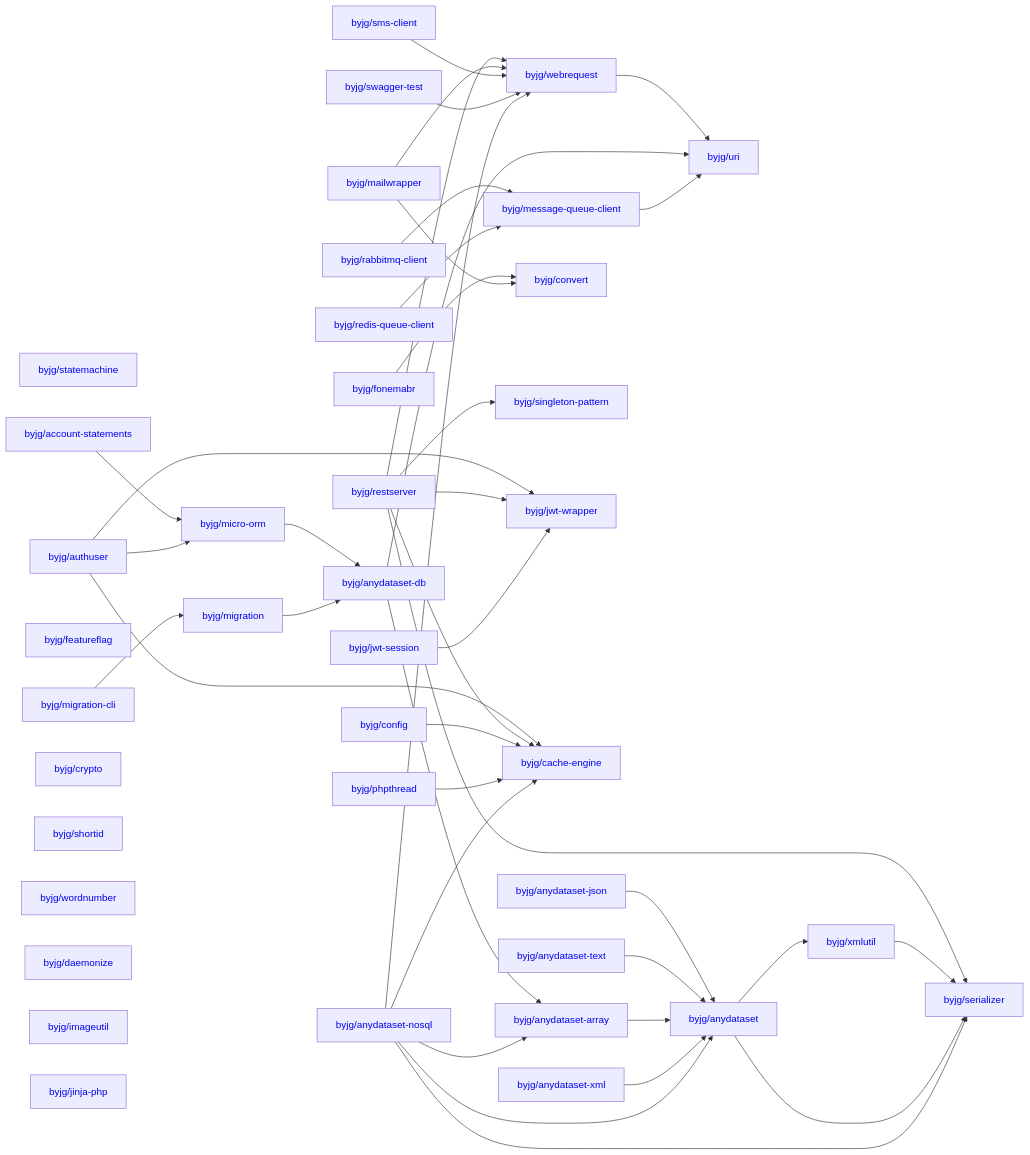
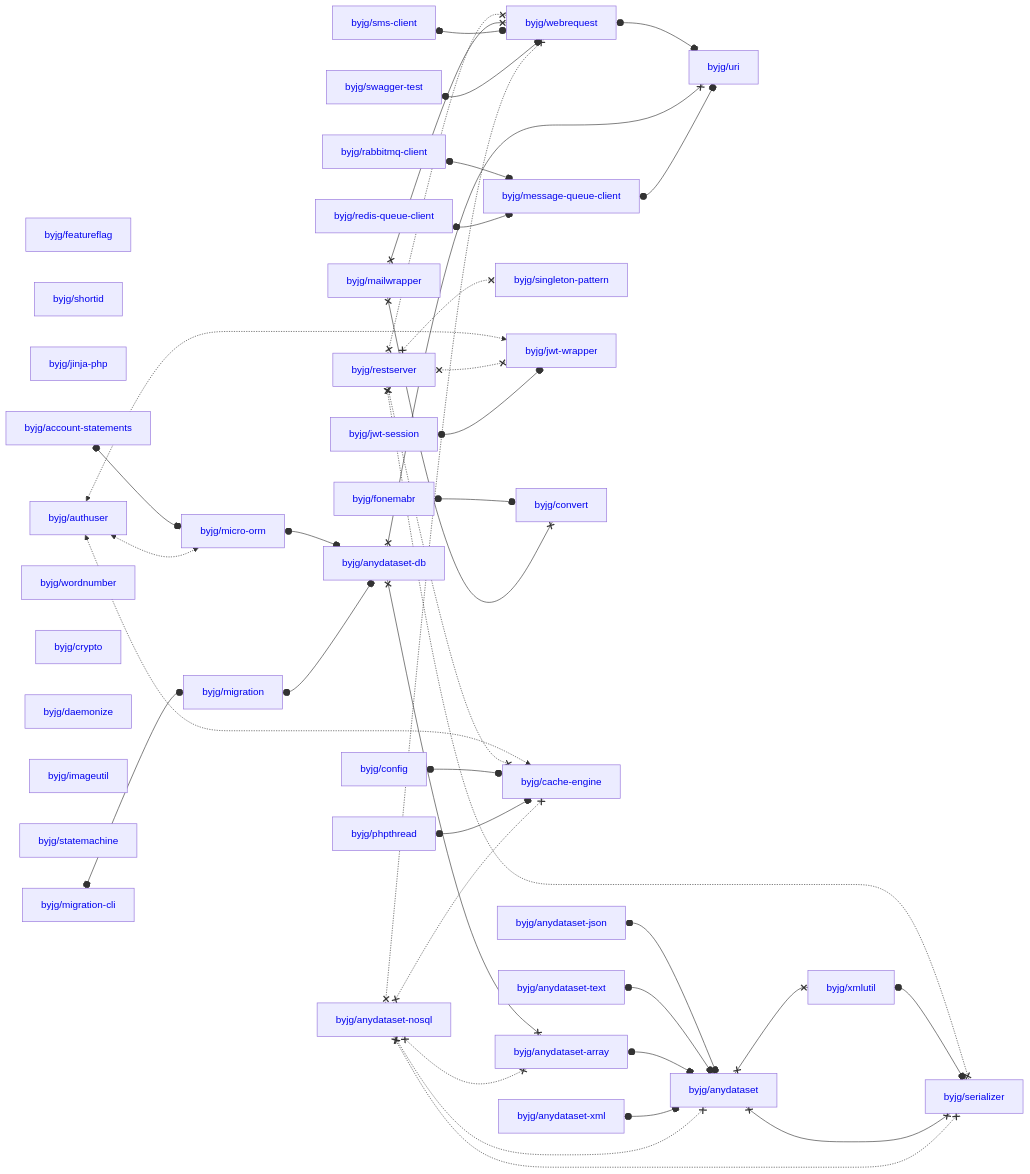
Before and after one commit to byjg/byjg.github.io: the diagram in docs/php/README.md, drawn with Mermaid. The commit also changed 1 other file, not shown here.

Commit message:
Update mermaid do differentiate the lines

````diff
--- a/docs/php/README.md
+++ b/docs/php/README.md
@@ -3,80 +3,80 @@
 ```mermaid
 graph LR;
-  byjg/jwt-session[<a href='https://opensource.byjg.com/docs/php/jwt-session' style='text-decoration:none;'>byjg/jwt-session</a>];
-  byjg/config[<a href='https://opensource.byjg.com/docs/php/config' style='text-decoration:none;'>byjg/config</a>];
-  byjg/statemachine[<a href='https://opensource.byjg.com/docs/php/statemachine' style='text-decoration:none;'>byjg/statemachine</a>];
-  byjg/fonemabr[<a href='https://opensource.byjg.com/docs/php/fonemabr' style='text-decoration:none;'>byjg/fonemabr</a>];
-  byjg/mailwrapper[<a href='https://opensource.byjg.com/docs/php/mailwrapper' style='text-decoration:none;'>byjg/mailwrapper</a>];
-  byjg/authuser[<a href='https://opensource.byjg.com/docs/php/authuser' style='text-decoration:none;'>byjg/authuser</a>];
-  byjg/anydataset-json[<a href='https://opensource.byjg.com/docs/php/anydataset-json' style='text-decoration:none;'>byjg/anydataset-json</a>];
-  byjg/phpthread[<a href='https://opensource.byjg.com/docs/php/phpthread' style='text-decoration:none;'>byjg/phpthread</a>];
-  byjg/anydataset-text[<a href='https://opensource.byjg.com/docs/php/anydataset-text' style='text-decoration:none;'>byjg/anydataset-text</a>];
-  byjg/migration-cli[<a href='https://opensource.byjg.com/docs/php/migration-cli' style='text-decoration:none;'>byjg/migration-cli</a>];
-  byjg/restserver[<a href='https://opensource.byjg.com/docs/php/restserver' style='text-decoration:none;'>byjg/restserver</a>];
-  byjg/anydataset-nosql[<a href='https://opensource.byjg.com/docs/php/anydataset-nosql' style='text-decoration:none;'>byjg/anydataset-nosql</a>];
-  byjg/sms-client[<a href='https://opensource.byjg.com/docs/php/sms-client' style='text-decoration:none;'>byjg/sms-client</a>];
-  byjg/featureflag[<a href='https://opensource.byjg.com/docs/php/featureflag' style='text-decoration:none;'>byjg/featureflag</a>];
-  byjg/redis-queue-client[<a href='https://opensource.byjg.com/docs/php/redis-queue-client' style='text-decoration:none;'>byjg/redis-queue-client</a>];
-  byjg/account-statements[<a href='https://opensource.byjg.com/docs/php/account-statements' style='text-decoration:none;'>byjg/account-statements</a>];
-  byjg/crypto[<a href='https://opensource.byjg.com/docs/php/crypto' style='text-decoration:none;'>byjg/crypto</a>];
-  byjg/swagger-test[<a href='https://opensource.byjg.com/docs/php/swagger-test' style='text-decoration:none;'>byjg/swagger-test</a>];
-  byjg/shortid[<a href='https://opensource.byjg.com/docs/php/shortid' style='text-decoration:none;'>byjg/shortid</a>];
-  byjg/wordnumber[<a href='https://opensource.byjg.com/docs/php/wordnumber' style='text-decoration:none;'>byjg/wordnumber</a>];
-  byjg/anydataset-xml[<a href='https://opensource.byjg.com/docs/php/anydataset-xml' style='text-decoration:none;'>byjg/anydataset-xml</a>];
-  byjg/daemonize[<a href='https://opensource.byjg.com/docs/php/daemonize' style='text-decoration:none;'>byjg/daemonize</a>];
-  byjg/imageutil[<a href='https://opensource.byjg.com/docs/php/imageutil' style='text-decoration:none;'>byjg/imageutil</a>];
-  byjg/jinja-php[<a href='https://opensource.byjg.com/docs/php/jinja-php' style='text-decoration:none;'>byjg/jinja-php</a>];
-  byjg/rabbitmq-client[<a href='https://opensource.byjg.com/docs/php/rabbitmq-client' style='text-decoration:none;'>byjg/rabbitmq-client</a>];
-  byjg/convert[<a href='https://opensource.byjg.com/docs/php/convert' style='text-decoration:none;'>byjg/convert</a>];
-  byjg/migration[<a href='https://opensource.byjg.com/docs/php/migration' style='text-decoration:none;'>byjg/migration</a>];
-  byjg/singleton-pattern[<a href='https://opensource.byjg.com/docs/php/singleton-pattern' style='text-decoration:none;'>byjg/singleton-pattern</a>];
-  byjg/jwt-wrapper[<a href='https://opensource.byjg.com/docs/php/jwt-wrapper' style='text-decoration:none;'>byjg/jwt-wrapper</a>];
-  byjg/cache-engine[<a href='https://opensource.byjg.com/docs/php/cache-engine' style='text-decoration:none;'>byjg/cache-engine</a>];
-  byjg/micro-orm[<a href='https://opensource.byjg.com/docs/php/micro-orm' style='text-decoration:none;'>byjg/micro-orm</a>];
-  byjg/webrequest[<a href='https://opensource.byjg.com/docs/php/webrequest' style='text-decoration:none;'>byjg/webrequest</a>];
-  byjg/message-queue-client[<a href='https://opensource.byjg.com/docs/php/message-queue-client' style='text-decoration:none;'>byjg/message-queue-client</a>];
-  byjg/anydataset-db[<a href='https://opensource.byjg.com/docs/php/anydataset-db' style='text-decoration:none;'>byjg/anydataset-db</a>];
-  byjg/anydataset-array[<a href='https://opensource.byjg.com/docs/php/anydataset-array' style='text-decoration:none;'>byjg/anydataset-array</a>];
-  byjg/uri[<a href='https://opensource.byjg.com/docs/php/uri' style='text-decoration:none;'>byjg/uri</a>];
-  byjg/anydataset[<a href='https://opensource.byjg.com/docs/php/anydataset' style='text-decoration:none;'>byjg/anydataset</a>];
-  byjg/xmlutil[<a href='https://opensource.byjg.com/docs/php/xmlutil' style='text-decoration:none;'>byjg/xmlutil</a>];
-  byjg/serializer[<a href='https://opensource.byjg.com/docs/php/serializer' style='text-decoration:none;'>byjg/serializer</a>];
-  byjg/redis-queue-client --> byjg/message-queue-client;
-  byjg/migration --> byjg/anydataset-db;
-  byjg/anydataset-nosql --> byjg/anydataset;
-  byjg/anydataset-nosql --> byjg/anydataset-array;
-  byjg/anydataset-nosql --> byjg/serializer;
-  byjg/anydataset-nosql --> byjg/webrequest;
-  byjg/anydataset-nosql --> byjg/cache-engine;
-  byjg/swagger-test --> byjg/webrequest;
-  byjg/anydataset-xml --> byjg/anydataset;
-  byjg/micro-orm --> byjg/anydataset-db;
-  byjg/sms-client --> byjg/webrequest;
-  byjg/anydataset --> byjg/serializer;
-  byjg/anydataset --> byjg/xmlutil;
-  byjg/jwt-session --> byjg/jwt-wrapper;
-  byjg/xmlutil --> byjg/serializer;
-  byjg/migration-cli --> byjg/migration;
-  byjg/anydataset-array --> byjg/anydataset;
-  byjg/message-queue-client --> byjg/uri;
-  byjg/phpthread --> byjg/cache-engine;
-  byjg/anydataset-text --> byjg/anydataset;
-  byjg/anydataset-db --> byjg/anydataset-array;
-  byjg/anydataset-db --> byjg/uri;
-  byjg/anydataset-json --> byjg/anydataset;
-  byjg/config --> byjg/cache-engine;
-  byjg/mailwrapper --> byjg/convert;
-  byjg/mailwrapper --> byjg/webrequest;
-  byjg/rabbitmq-client --> byjg/message-queue-client;
-  byjg/restserver --> byjg/serializer;
-  byjg/restserver --> byjg/singleton-pattern;
-  byjg/restserver --> byjg/cache-engine;
-  byjg/restserver --> byjg/webrequest;
-  byjg/restserver --> byjg/jwt-wrapper;
-  byjg/fonemabr --> byjg/convert;
-  byjg/authuser --> byjg/micro-orm;
-  byjg/authuser --> byjg/cache-engine;
-  byjg/authuser --> byjg/jwt-wrapper;
-  byjg/webrequest --> byjg/uri;
-  byjg/account-statements --> byjg/micro-orm;
+  byjg/anydataset-json[<a href='https://opensource.byjg.com/docs/php/anydataset-json' style='text-decoration:none'>byjg/anydataset-json</a>];
+  byjg/anydataset-xml[<a href='https://opensource.byjg.com/docs/php/anydataset-xml' style='text-decoration:none'>byjg/anydataset-xml</a>];
+  byjg/featureflag[<a href='https://opensource.byjg.com/docs/php/featureflag' style='text-decoration:none'>byjg/featureflag</a>];
+  byjg/phpthread[<a href='https://opensource.byjg.com/docs/php/phpthread' style='text-decoration:none'>byjg/phpthread</a>];
+  byjg/restserver[<a href='https://opensource.byjg.com/docs/php/restserver' style='text-decoration:none'>byjg/restserver</a>];
+  byjg/shortid[<a href='https://opensource.byjg.com/docs/php/shortid' style='text-decoration:none'>byjg/shortid</a>];
+  byjg/jinja-php[<a href='https://opensource.byjg.com/docs/php/jinja-php' style='text-decoration:none'>byjg/jinja-php</a>];
+  byjg/config[<a href='https://opensource.byjg.com/docs/php/config' style='text-decoration:none'>byjg/config</a>];
+  byjg/anydataset-text[<a href='https://opensource.byjg.com/docs/php/anydataset-text' style='text-decoration:none'>byjg/anydataset-text</a>];
+  byjg/fonemabr[<a href='https://opensource.byjg.com/docs/php/fonemabr' style='text-decoration:none'>byjg/fonemabr</a>];
+  byjg/authuser[<a href='https://opensource.byjg.com/docs/php/authuser' style='text-decoration:none'>byjg/authuser</a>];
+  byjg/rabbitmq-client[<a href='https://opensource.byjg.com/docs/php/rabbitmq-client' style='text-decoration:none'>byjg/rabbitmq-client</a>];
+  byjg/migration-cli[<a href='https://opensource.byjg.com/docs/php/migration-cli' style='text-decoration:none'>byjg/migration-cli</a>];
+  byjg/sms-client[<a href='https://opensource.byjg.com/docs/php/sms-client' style='text-decoration:none'>byjg/sms-client</a>];
+  byjg/jwt-session[<a href='https://opensource.byjg.com/docs/php/jwt-session' style='text-decoration:none'>byjg/jwt-session</a>];
+  byjg/mailwrapper[<a href='https://opensource.byjg.com/docs/php/mailwrapper' style='text-decoration:none'>byjg/mailwrapper</a>];
+  byjg/wordnumber[<a href='https://opensource.byjg.com/docs/php/wordnumber' style='text-decoration:none'>byjg/wordnumber</a>];
+  byjg/crypto[<a href='https://opensource.byjg.com/docs/php/crypto' style='text-decoration:none'>byjg/crypto</a>];
+  byjg/daemonize[<a href='https://opensource.byjg.com/docs/php/daemonize' style='text-decoration:none'>byjg/daemonize</a>];
+  byjg/imageutil[<a href='https://opensource.byjg.com/docs/php/imageutil' style='text-decoration:none'>byjg/imageutil</a>];
+  byjg/anydataset-nosql[<a href='https://opensource.byjg.com/docs/php/anydataset-nosql' style='text-decoration:none'>byjg/anydataset-nosql</a>];
+  byjg/redis-queue-client[<a href='https://opensource.byjg.com/docs/php/redis-queue-client' style='text-decoration:none'>byjg/redis-queue-client</a>];
+  byjg/swagger-test[<a href='https://opensource.byjg.com/docs/php/swagger-test' style='text-decoration:none'>byjg/swagger-test</a>];
+  byjg/statemachine[<a href='https://opensource.byjg.com/docs/php/statemachine' style='text-decoration:none'>byjg/statemachine</a>];
+  byjg/account-statements[<a href='https://opensource.byjg.com/docs/php/account-statements' style='text-decoration:none'>byjg/account-statements</a>];
+  byjg/singleton-pattern[<a href='https://opensource.byjg.com/docs/php/singleton-pattern' style='text-decoration:none'>byjg/singleton-pattern</a>];
+  byjg/migration[<a href='https://opensource.byjg.com/docs/php/migration' style='text-decoration:none'>byjg/migration</a>];
+  byjg/jwt-wrapper[<a href='https://opensource.byjg.com/docs/php/jwt-wrapper' style='text-decoration:none'>byjg/jwt-wrapper</a>];
+  byjg/convert[<a href='https://opensource.byjg.com/docs/php/convert' style='text-decoration:none'>byjg/convert</a>];
+  byjg/cache-engine[<a href='https://opensource.byjg.com/docs/php/cache-engine' style='text-decoration:none'>byjg/cache-engine</a>];
+  byjg/message-queue-client[<a href='https://opensource.byjg.com/docs/php/message-queue-client' style='text-decoration:none'>byjg/message-queue-client</a>];
+  byjg/webrequest[<a href='https://opensource.byjg.com/docs/php/webrequest' style='text-decoration:none'>byjg/webrequest</a>];
+  byjg/micro-orm[<a href='https://opensource.byjg.com/docs/php/micro-orm' style='text-decoration:none'>byjg/micro-orm</a>];
+  byjg/anydataset-db[<a href='https://opensource.byjg.com/docs/php/anydataset-db' style='text-decoration:none'>byjg/anydataset-db</a>];
+  byjg/anydataset-array[<a href='https://opensource.byjg.com/docs/php/anydataset-array' style='text-decoration:none'>byjg/anydataset-array</a>];
+  byjg/uri[<a href='https://opensource.byjg.com/docs/php/uri' style='text-decoration:none'>byjg/uri</a>];
+  byjg/anydataset[<a href='https://opensource.byjg.com/docs/php/anydataset' style='text-decoration:none'>byjg/anydataset</a>];
+  byjg/xmlutil[<a href='https://opensource.byjg.com/docs/php/xmlutil' style='text-decoration:none'>byjg/xmlutil</a>];
+  byjg/serializer[<a href='https://opensource.byjg.com/docs/php/serializer' style='text-decoration:none'>byjg/serializer</a>];
+  byjg/redis-queue-client o--o byjg/message-queue-client;
+  byjg/migration o--o byjg/anydataset-db;
+  byjg/anydataset-nosql x-.-x byjg/anydataset;
+  byjg/anydataset-nosql x-.-x byjg/anydataset-array;
+  byjg/anydataset-nosql x-.-x byjg/serializer;
+  byjg/anydataset-nosql x-.-x byjg/webrequest;
+  byjg/anydataset-nosql x-.-x byjg/cache-engine;
+  byjg/swagger-test o--o byjg/webrequest;
+  byjg/anydataset-xml o--o byjg/anydataset;
+  byjg/micro-orm o--o byjg/anydataset-db;
+  byjg/sms-client o--o byjg/webrequest;
+  byjg/anydataset x--x byjg/serializer;
+  byjg/anydataset x--x byjg/xmlutil;
+  byjg/jwt-session o--o byjg/jwt-wrapper;
+  byjg/xmlutil o--o byjg/serializer;
+  byjg/migration-cli o--o byjg/migration;
+  byjg/anydataset-array o--o byjg/anydataset;
+  byjg/message-queue-client o--o byjg/uri;
+  byjg/phpthread o--o byjg/cache-engine;
+  byjg/anydataset-text o--o byjg/anydataset;
+  byjg/anydataset-db x--x byjg/anydataset-array;
+  byjg/anydataset-db x--x byjg/uri;
+  byjg/anydataset-json o--o byjg/anydataset;
+  byjg/config o--o byjg/cache-engine;
+  byjg/mailwrapper x--x byjg/convert;
+  byjg/mailwrapper x--x byjg/webrequest;
+  byjg/rabbitmq-client o--o byjg/message-queue-client;
+  byjg/restserver x-.-x byjg/serializer;
+  byjg/restserver x-.-x byjg/singleton-pattern;
+  byjg/restserver x-.-x byjg/cache-engine;
+  byjg/restserver x-.-x byjg/webrequest;
+  byjg/restserver x-.-x byjg/jwt-wrapper;
+  byjg/fonemabr o--o byjg/convert;
+  byjg/authuser <-.-> byjg/micro-orm;
+  byjg/authuser <-.-> byjg/cache-engine;
+  byjg/authuser <-.-> byjg/jwt-wrapper;
+  byjg/webrequest o--o byjg/uri;
+  byjg/account-statements o--o byjg/micro-orm;
 ```
````
